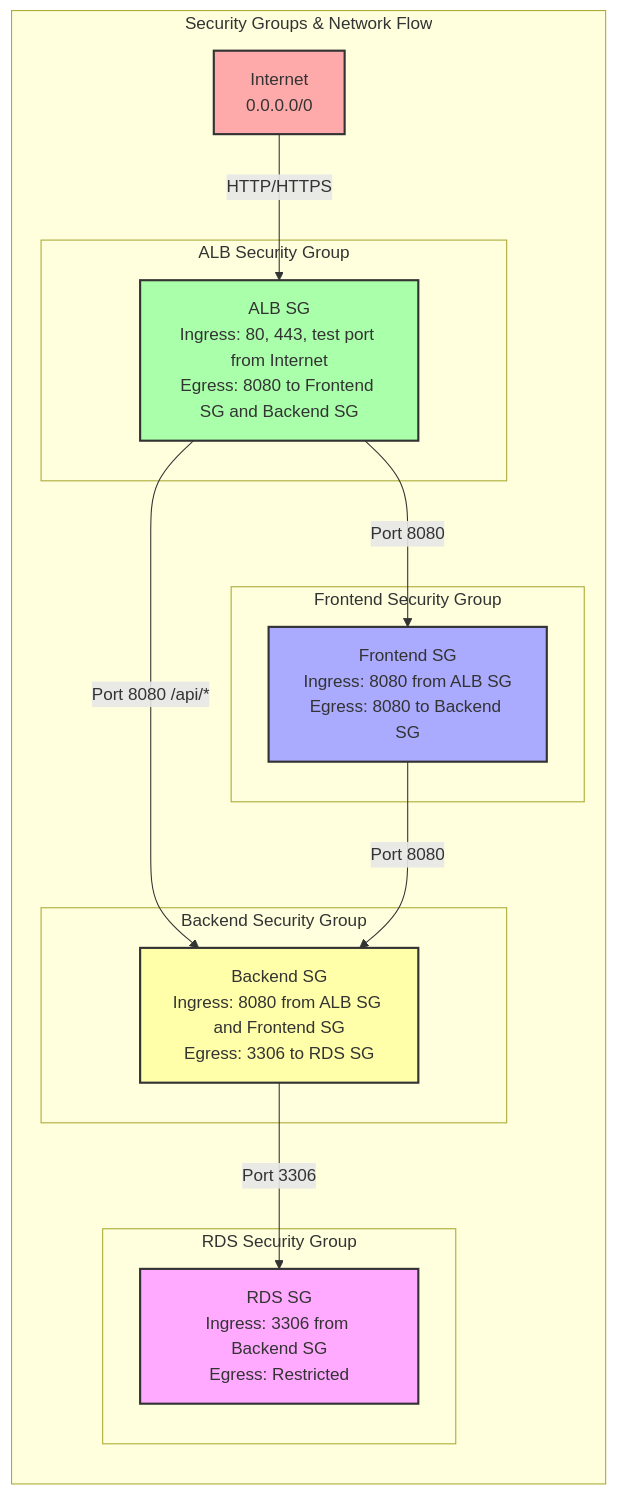
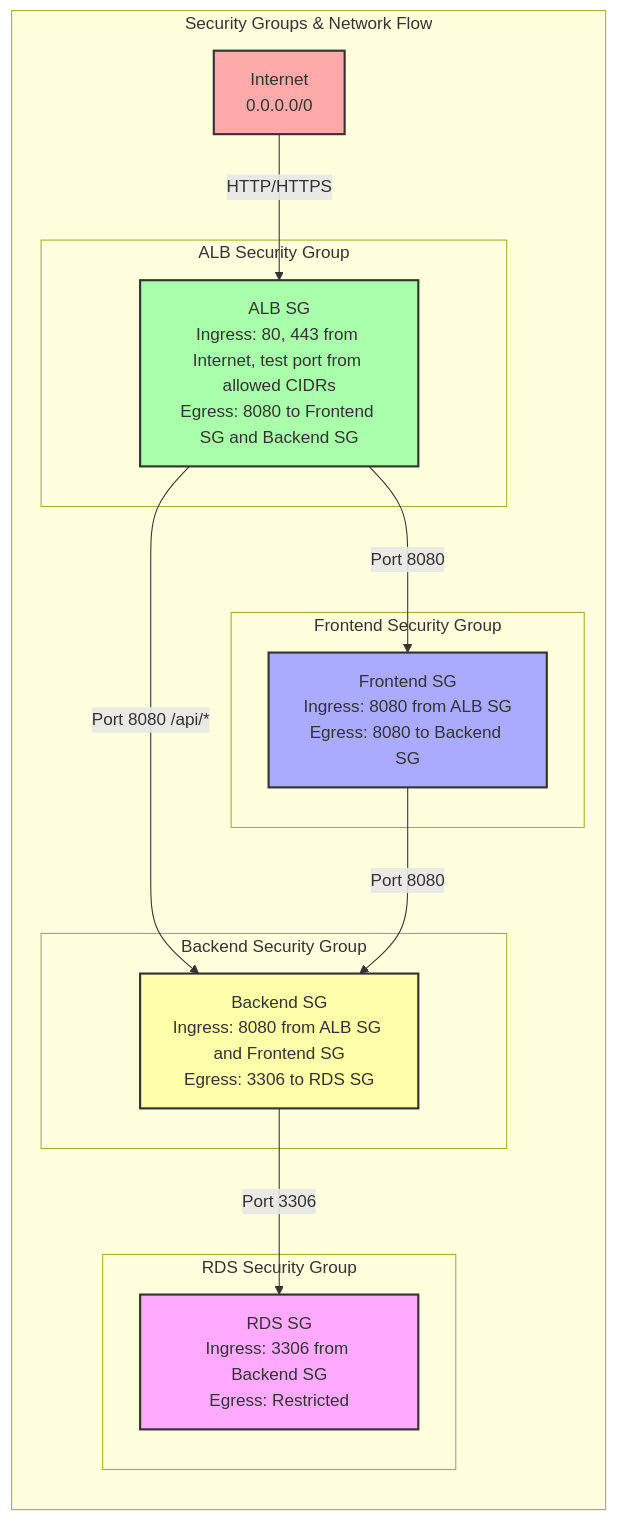
One commit to sabiut/terraform-aws-ecs-infra changed the second of 3 diagrams in README.md. Above: the diagram before and after it, drawn with Mermaid. The commit also changed other lines of this file and 22 other files, not shown here.

````diff
--- a/README.md
+++ b/README.md
@@ -77,34 +77,34 @@
 ```mermaid
 graph LR
     subgraph "Security Groups & Network Flow"
         Internet[Internet<br/>0.0.0.0/0]
 
         subgraph "ALB Security Group"
-            ALB_SG[ALB SG<br/>Ingress: 80, 443, test port from Internet<br/>Egress: 8080 to Frontend SG and Backend SG]
+            ALB_SG[ALB SG<br/>Ingress: 80, 443 from Internet, test port from allowed CIDRs<br/>Egress: 8080 to Frontend SG and Backend SG]
         end
 
         subgraph "Frontend Security Group"
             FE_SG[Frontend SG<br/>Ingress: 8080 from ALB SG<br/>Egress: 8080 to Backend SG]
         end
 
         subgraph "Backend Security Group"
             BE_SG[Backend SG<br/>Ingress: 8080 from ALB SG and Frontend SG<br/>Egress: 3306 to RDS SG]
         end
 
         subgraph "RDS Security Group"
             RDS_SG[RDS SG<br/>Ingress: 3306 from Backend SG<br/>Egress: Restricted]
         end
     end
 
     Internet -->|HTTP/HTTPS| ALB_SG
     ALB_SG -->|Port 8080| FE_SG
     ALB_SG -->|Port 8080 /api/*| BE_SG
     FE_SG -->|Port 8080| BE_SG
     BE_SG -->|Port 3306| RDS_SG
 
     style Internet fill:#faa,stroke:#333,stroke-width:2px
     style ALB_SG fill:#afa,stroke:#333,stroke-width:2px
     style FE_SG fill:#aaf,stroke:#333,stroke-width:2px
     style BE_SG fill:#ffa,stroke:#333,stroke-width:2px
     style RDS_SG fill:#faf,stroke:#333,stroke-width:2px
 ```
````
